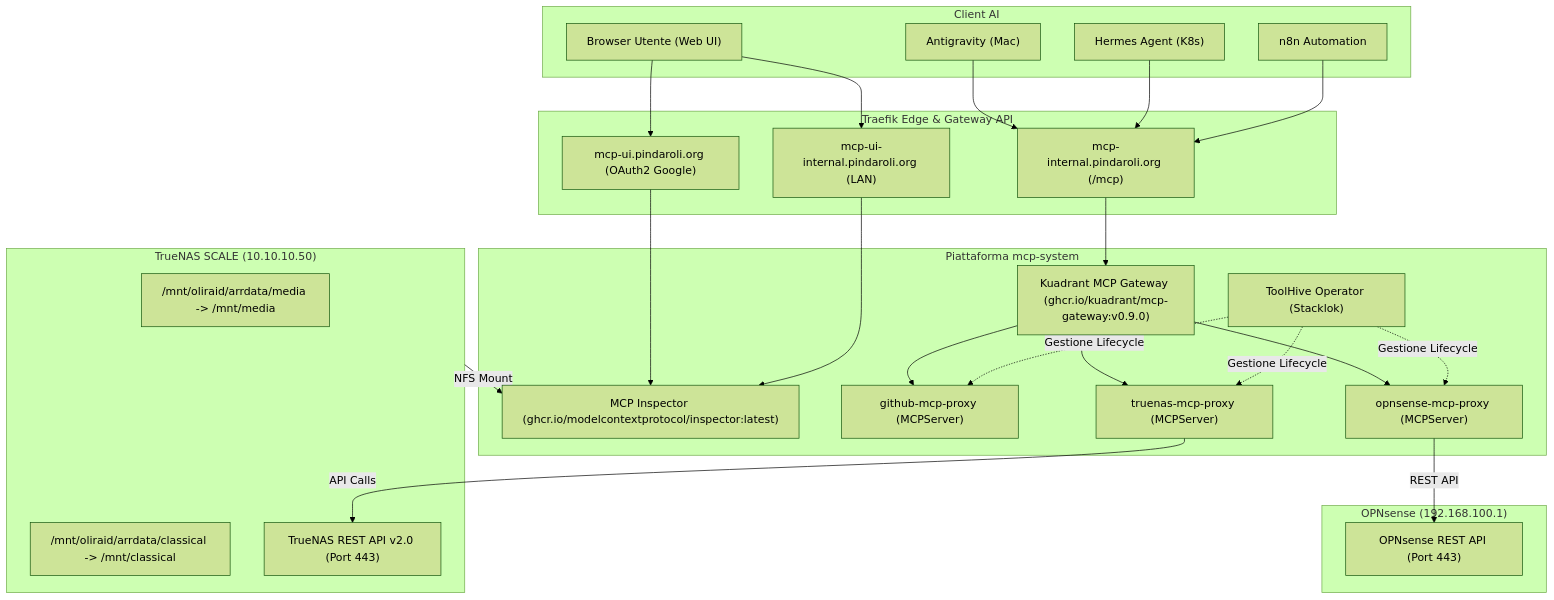
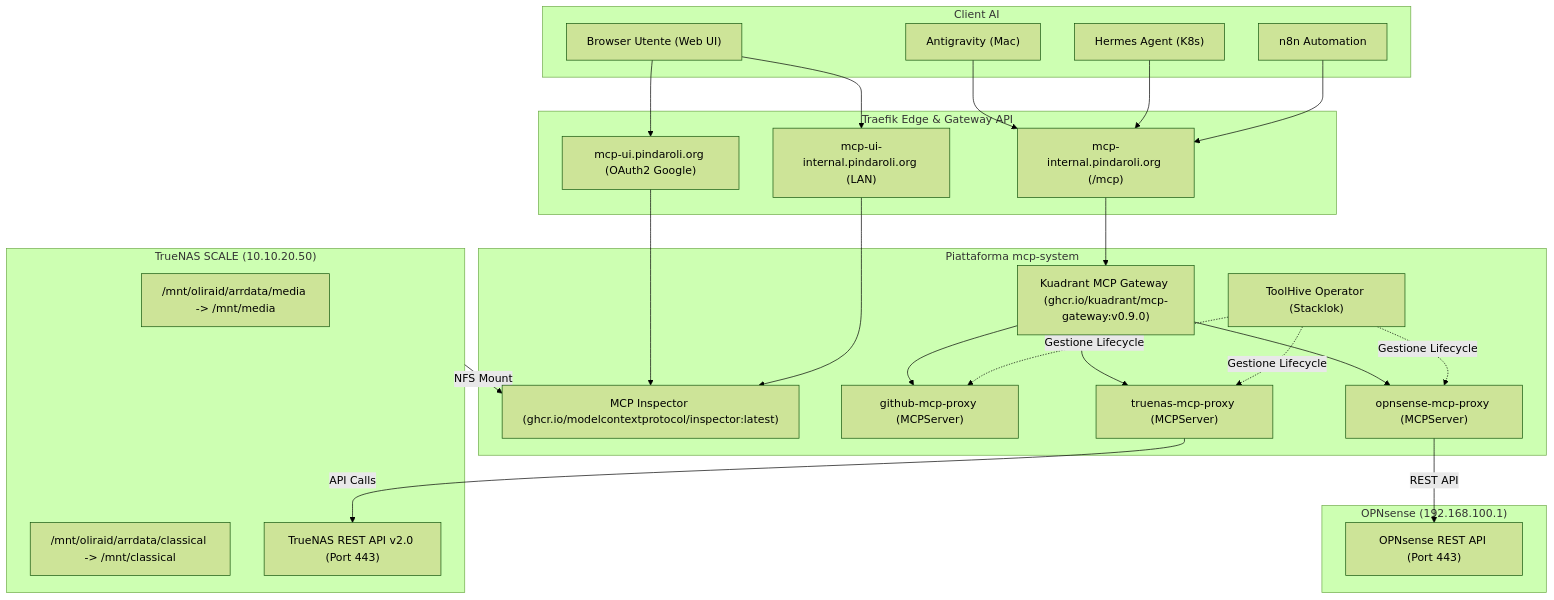
Before and after one commit to pindaroli/k8s-lab: the diagram in wiki/entities/MCP_Platform.md, drawn with Mermaid (forest theme). The commit also changed other lines of this file and 67 other files, not shown here.

First line of the commit message:
Point live TrueNAS consumers at 10.10.20.50.

````diff
--- a/wiki/entities/MCP_Platform.md
+++ b/wiki/entities/MCP_Platform.md
@@ -31,42 +31,42 @@
 ```mermaid
 flowchart TD
     subgraph Client["Client AI"]
         AG["Antigravity (Mac)"]
         HA["Hermes Agent (K8s)"]
         N8N["n8n Automation"]
         USER["Browser Utente (Web UI)"]
     end
 
     subgraph Edge["Traefik Edge & Gateway API"]
         TR_EXT["mcp-ui.pindaroli.org (OAuth2 Google)"]
         TR_INT["mcp-ui-internal.pindaroli.org (LAN)"]
         GW_INT["mcp-internal.pindaroli.org (/mcp)"]
     end
 
     subgraph Core["Piattaforma mcp-system"]
         INSP["MCP Inspector (ghcr.io/modelcontextprotocol/inspector:latest)"]
         ROUTER["Kuadrant MCP Gateway (ghcr.io/kuadrant/mcp-gateway:v0.9.0)"]
         TH["ToolHive Operator (Stacklok)"]
         GH["github-mcp-proxy (MCPServer)"]
         TN["truenas-mcp-proxy (MCPServer)"]
         OPN["opnsense-mcp-proxy (MCPServer)"]
     end
 
-    subgraph Storage["TrueNAS SCALE (10.10.10.50)"]
+    subgraph Storage["TrueNAS SCALE (10.10.20.50)"]
         NFS_MED["/mnt/oliraid/arrdata/media -> /mnt/media"]
         NFS_CLA["/mnt/oliraid/arrdata/classical -> /mnt/classical"]
         API_TN["TrueNAS REST API v2.0 (Port 443)"]
     end
 
     subgraph Firewall["OPNsense (192.168.100.1)"]
         API_OPN["OPNsense REST API (Port 443)"]
     end
 
     USER --> TR_EXT & TR_INT --> INSP
     AG & HA & N8N --> GW_INT --> ROUTER
     ROUTER --> GH & TN & OPN
     TH -.->|Gestione Lifecycle| GH & TN & OPN
     TN -->|API Calls| API_TN
     OPN -->|REST API| API_OPN
     Storage -->|NFS Mount| INSP
 ```
````
